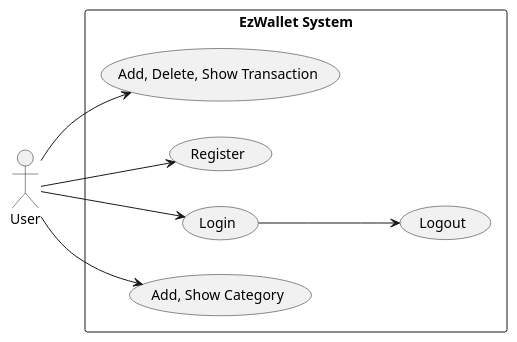
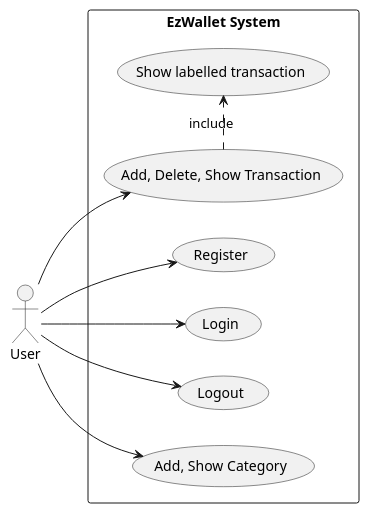
The second of 5 diagrams in RequirementsDocumentV1.md (lara-m2000/ezwallet), drawn with PlantUML before and after one commit.

Commit message:
docs: updated usecase diagram

````diff
--- a/RequirementsDocumentV1.md
+++ b/RequirementsDocumentV1.md
@@ -157,24 +157,26 @@
 ```plantuml
 @startuml
 left to right direction
 
 actor User
 
 rectangle "EzWallet System" as System {
 	usecase "Add, Delete, Show Transaction" as Transaction
 
 	usecase Register
 	usecase Login
 	usecase Logout
+	usecase "Show labelled transaction" as Labelled
 
 	usecase "Add, Show Category" as Category
 }
 
 User --> Transaction
 User --> Register
 User --> Login
 User --> Category
-Login --> Logout
+User --> Logout
+Transaction .> Labelled : include
 
 @enduml
 ```
````
